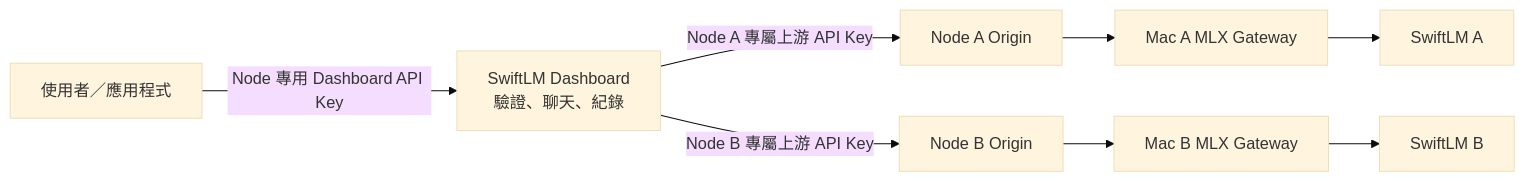
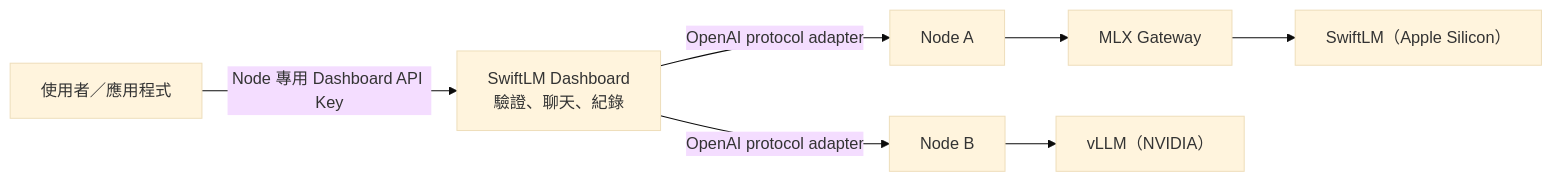
Before and after one commit to richard880502/swiftlm-platform: the diagram in README.md, drawn with Mermaid (base theme). The commit also changed other lines of this file and 12 other files, not shown here.

````diff
--- a/README.md
+++ b/README.md
@@ -80,8 +80,8 @@
 ```mermaid
 flowchart LR
     Client["使用者／應用程式"] -->|"Node 專用 Dashboard API Key"| Dashboard["SwiftLM Dashboard\n驗證、聊天、紀錄"]
-    Dashboard -->|"Node A 專屬上游 API Key"| OriginA["Node A Origin"]
-    Dashboard -->|"Node B 專屬上游 API Key"| OriginB["Node B Origin"]
-    OriginA --> GatewayA["Mac A MLX Gateway"] --> SwiftA["SwiftLM A"]
-    OriginB --> GatewayB["Mac B MLX Gateway"] --> SwiftB["SwiftLM B"]
+    Dashboard -->|"OpenAI protocol adapter"| OriginA["Node A"]
+    Dashboard -->|"OpenAI protocol adapter"| OriginB["Node B"]
+    OriginA --> GatewayA["MLX Gateway"] --> SwiftA["SwiftLM（Apple Silicon）"]
+    OriginB --> vLLM["vLLM（NVIDIA）"]
 ```
````
